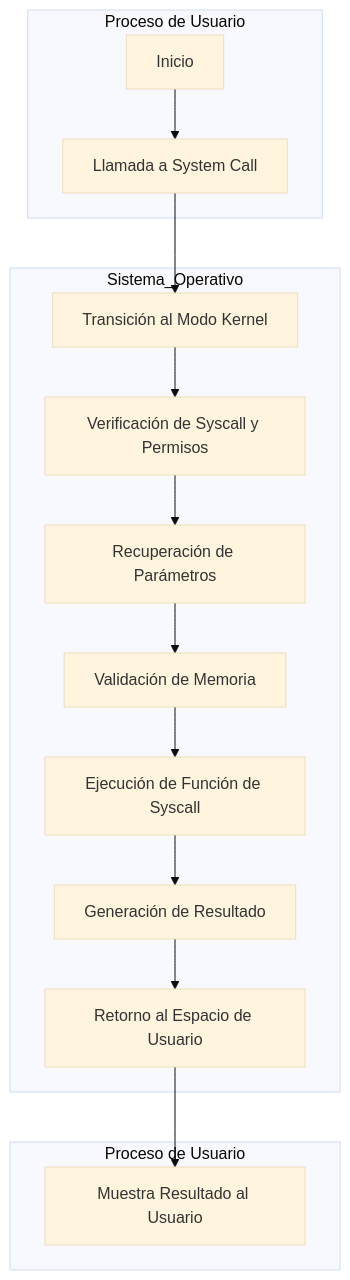
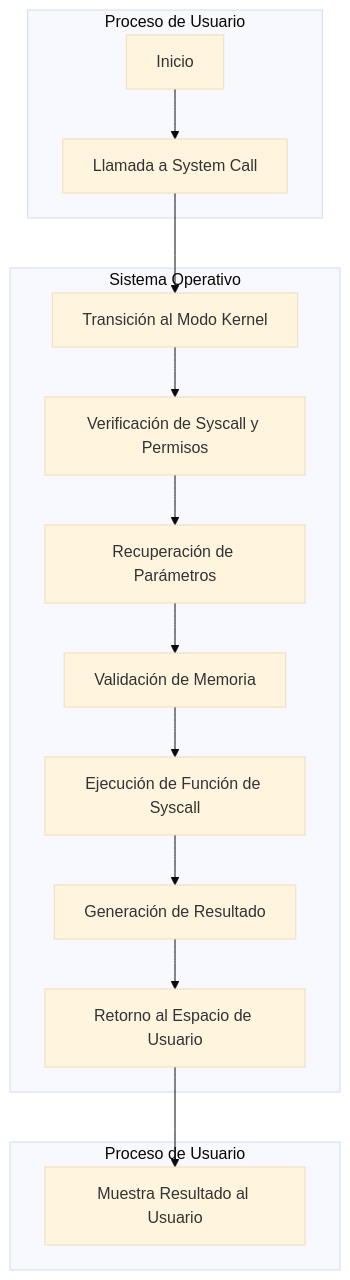
The diagram in README.md (nickolasnolte1/OS-SysCall), drawn with Mermaid (base theme) before and after one commit.

````diff
--- a/README.md
+++ b/README.md
@@ -25,18 +25,18 @@
 ```mermaid
 graph TD;
     subgraph Proceso de Usuario
         A[Inicio] --> B[Llamada a System Call]
     end
-    subgraph Sistema_Operativo
+    subgraph Sistema Operativo
         B --> C[Transición al Modo Kernel]
         C --> D[Verificación de Syscall y Permisos]
         D --> E[Recuperación de Parámetros]
         E --> F[Validación de Memoria]
         F --> G[Ejecución de Función de Syscall]
         G --> H[Generación de Resultado]
         H --> I[Retorno al Espacio de Usuario]
     end
     subgraph Proceso de Usuario
         I --> J[Muestra Resultado al Usuario]
     end
 ```
````
